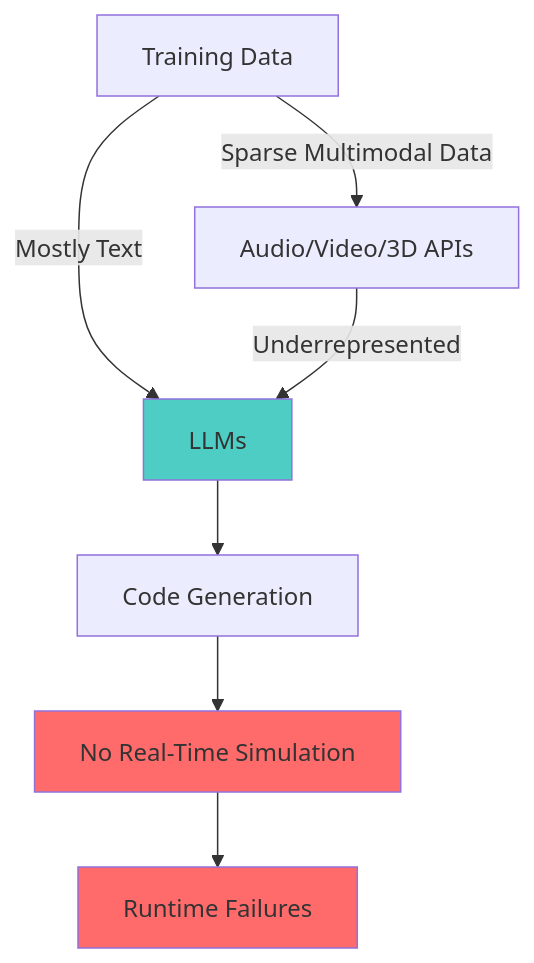
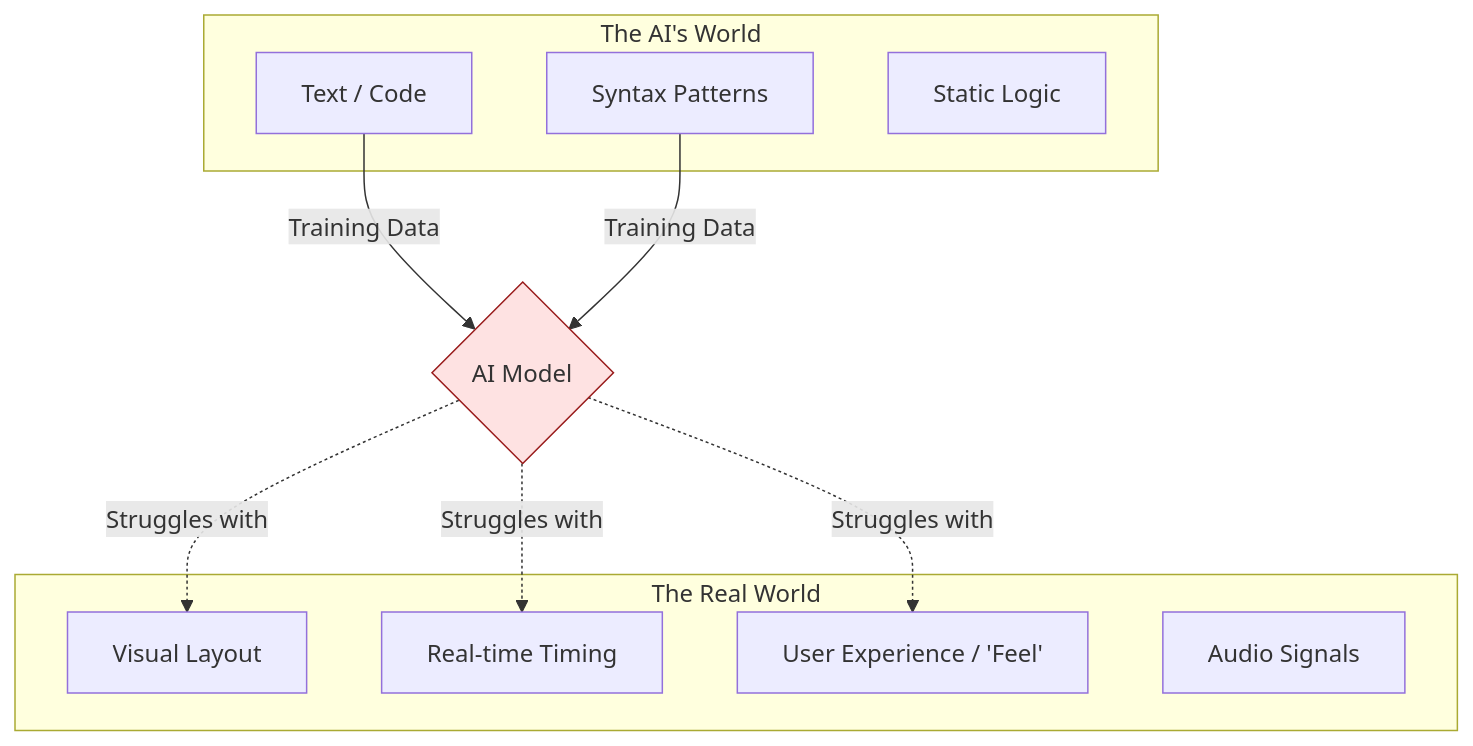
Before and after one commit to ianlintner/portfolio: the diagram in src/app/blog/why-ai-coding-agents-fail-at-games-audio-and-ui.mdx, drawn with Mermaid. The commit also changed other lines of this file and 2 other files, not shown here.

````diff
--- a/src/app/blog/why-ai-coding-agents-fail-at-games-audio-and-ui.mdx
+++ b/src/app/blog/why-ai-coding-agents-fail-at-games-audio-and-ui.mdx
@@ -441,13 +39,24 @@
 ```mermaid
-flowchart TD
-    A[Training Data] -->|Mostly Text| B[LLMs]
-    B --> C[Code Generation]
-    A -->|Sparse Multimodal Data| D[Audio/Video/3D APIs]
-    D -->|Underrepresented| B
-    C --> E[No Real-Time Simulation]
-    E --> F[Runtime Failures]
-
-    style B fill:#4ecdc4
-    style E fill:#ff6b6b
-    style F fill:#ff6b6b
+graph TD
+    subgraph "The AI's World"
+        Text[Text / Code]
+        Patterns[Syntax Patterns]
+        Logic[Static Logic]
+    end
+    
+    subgraph "The Real World"
+        Visuals[Visual Layout]
+        Timing[Real-time Timing]
+        Feel[User Experience / 'Feel']
+        Audio[Audio Signals]
+    end
+    
+    Text -->|Training Data| AI{AI Model}
+    Patterns -->|Training Data| AI
+    
+    AI -.->|Struggles with| Visuals
+    AI -.->|Struggles with| Timing
+    AI -.->|Struggles with| Feel
+    
+    style AI fill:#fee2e2,stroke:#991b1b
 ```
````
